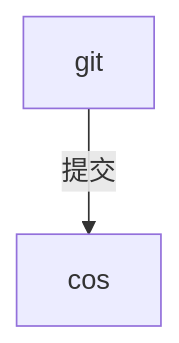
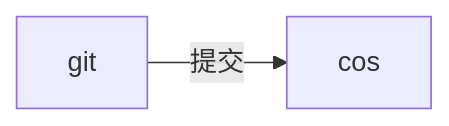
Before and after one commit to novlan1/notes: the second of 6 diagrams in docs/work/121.ai-all-asset.md, drawn with Mermaid. The commit also changed other lines of this file and 1 other file, not shown here.

````diff
--- a/docs/work/121.ai-all-asset.md
+++ b/docs/work/121.ai-all-asset.md
@@ -31,4 +31,4 @@
 ```mermaid
-graph TD
+graph LR
 git --提交--> cos
 ```
````
